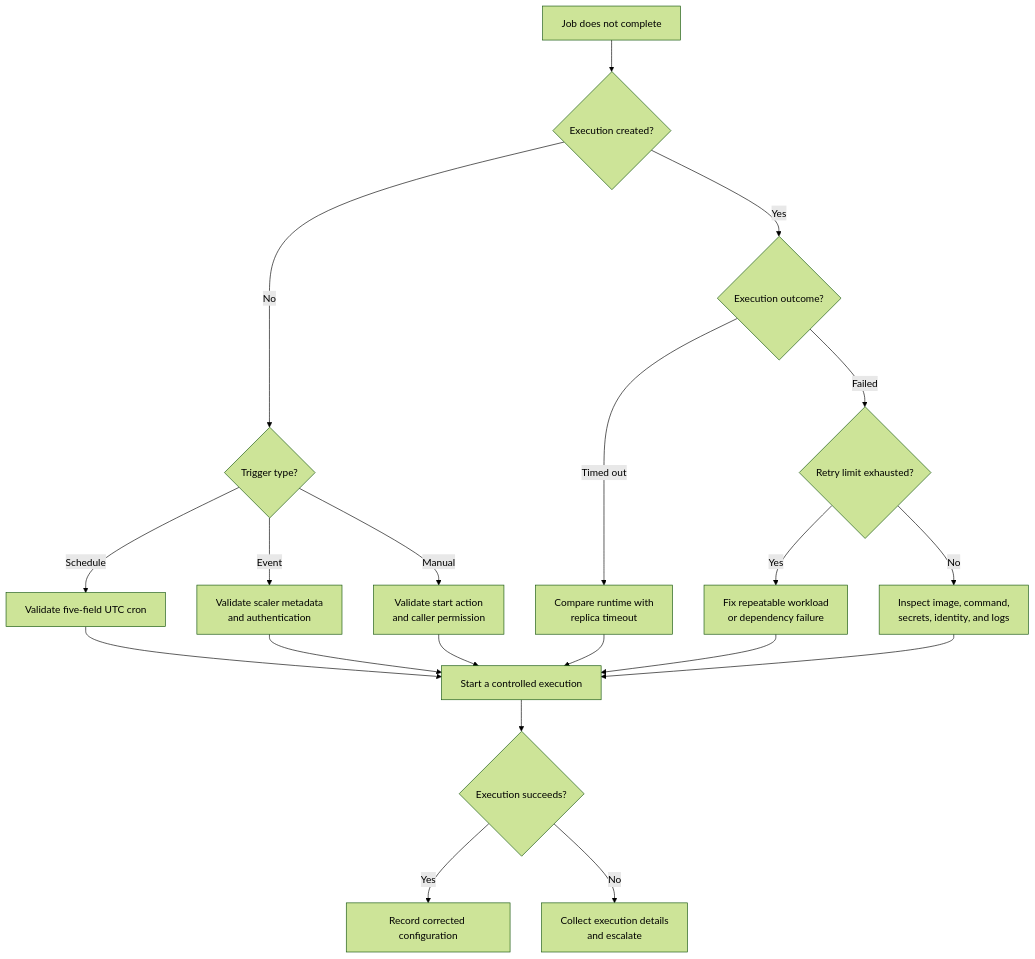
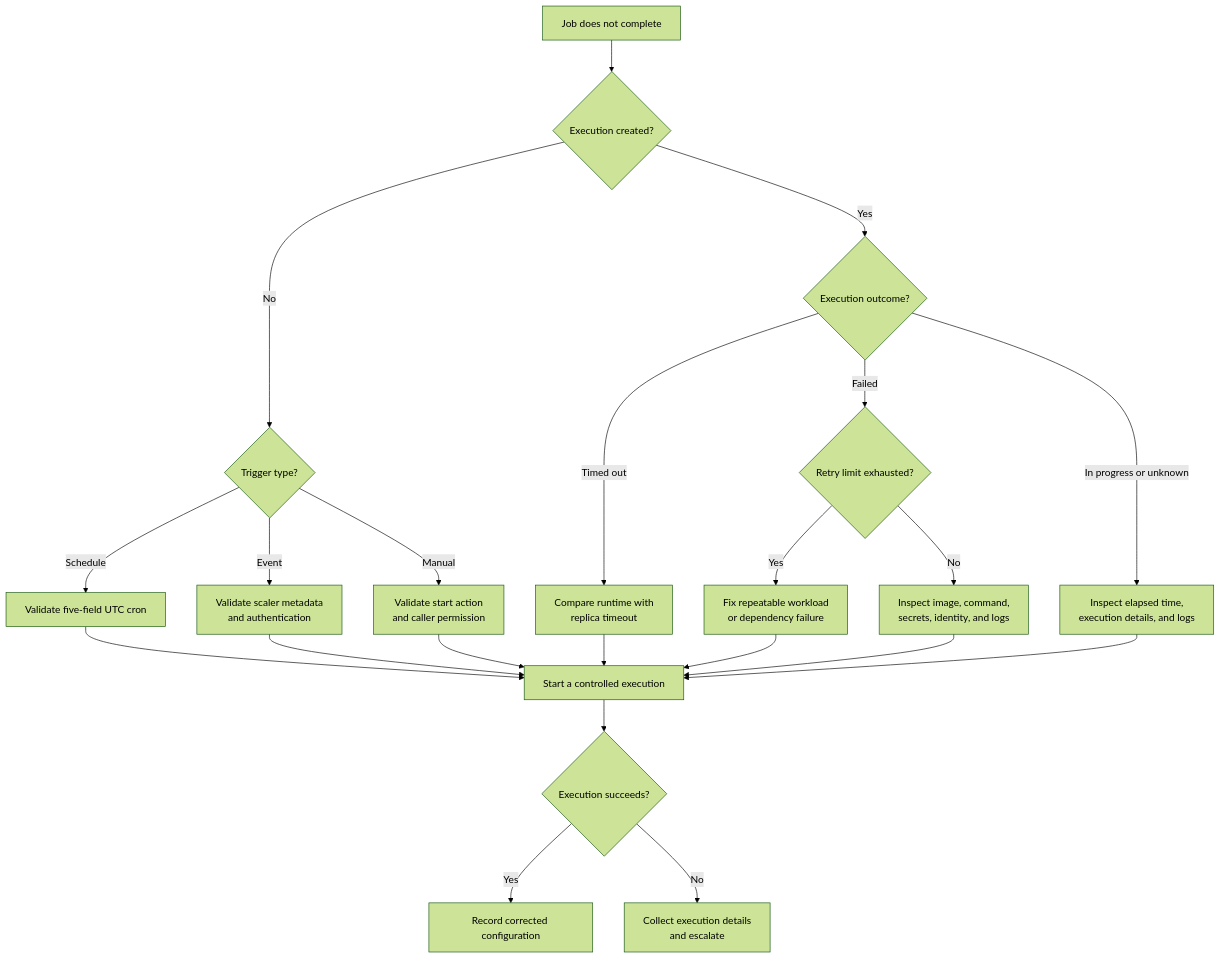
Before and after one commit to yeongseon/azure-container-apps-practical-guide: the diagram in docs/troubleshooting/playbooks/platform-features/container-app-job-execution-failure.md, drawn with Mermaid (forest theme). The commit also changed other lines of this file and 7 other files, not shown here.

First line of the commit message:
fix(diagrams): correct request paths and record review of platform and troubleshooting diagrams (#638)

````diff
--- a/docs/troubleshooting/playbooks/platform-features/container-app-job-execution-failure.md
+++ b/docs/troubleshooting/playbooks/platform-features/container-app-job-execution-failure.md
@@ -40,25 +40,27 @@
 ```mermaid
 flowchart TD
     accTitle: Diagnose a failed Container Apps job execution
-    accDescr: First determine whether an execution was created, then separate timeout and retry exhaustion from container, secret, identity, and dependency failures before starting a controlled verification execution.
+    accDescr: First determine whether an execution was created, then separate timeout, failure, and still-running or unknown outcomes. Inspect elapsed time, execution details, and logs before starting a controlled verification execution.
 
     START[Job does not complete] --> CREATED{Execution created?}
     CREATED -->|No| TRIGGER{Trigger type?}
     TRIGGER -->|Schedule| SCHEDULE[Validate five-field UTC cron]
     TRIGGER -->|Event| EVENT[Validate scaler metadata<br/>and authentication]
     TRIGGER -->|Manual| STARTPERM[Validate start action<br/>and caller permission]
     CREATED -->|Yes| RESULT{Execution outcome?}
     RESULT -->|Timed out| TIMEOUT[Compare runtime with<br/>replica timeout]
     RESULT -->|Failed| RETRIES{Retry limit exhausted?}
+    RESULT -->|In progress or unknown| PENDING[Inspect elapsed time,<br/>execution details, and logs]
     RETRIES -->|Yes| ROOT[Fix repeatable workload<br/>or dependency failure]
     RETRIES -->|No| RUNTIME[Inspect image, command,<br/>secrets, identity, and logs]
     SCHEDULE --> VERIFY[Start a controlled execution]
     EVENT --> VERIFY
     STARTPERM --> VERIFY
     TIMEOUT --> VERIFY
     ROOT --> VERIFY
     RUNTIME --> VERIFY
+    PENDING --> VERIFY
     VERIFY --> SUCCESS{Execution succeeds?}
     SUCCESS -->|Yes| DONE[Record corrected configuration]
     SUCCESS -->|No| EVIDENCE[Collect execution details<br/>and escalate]
 ```
````
